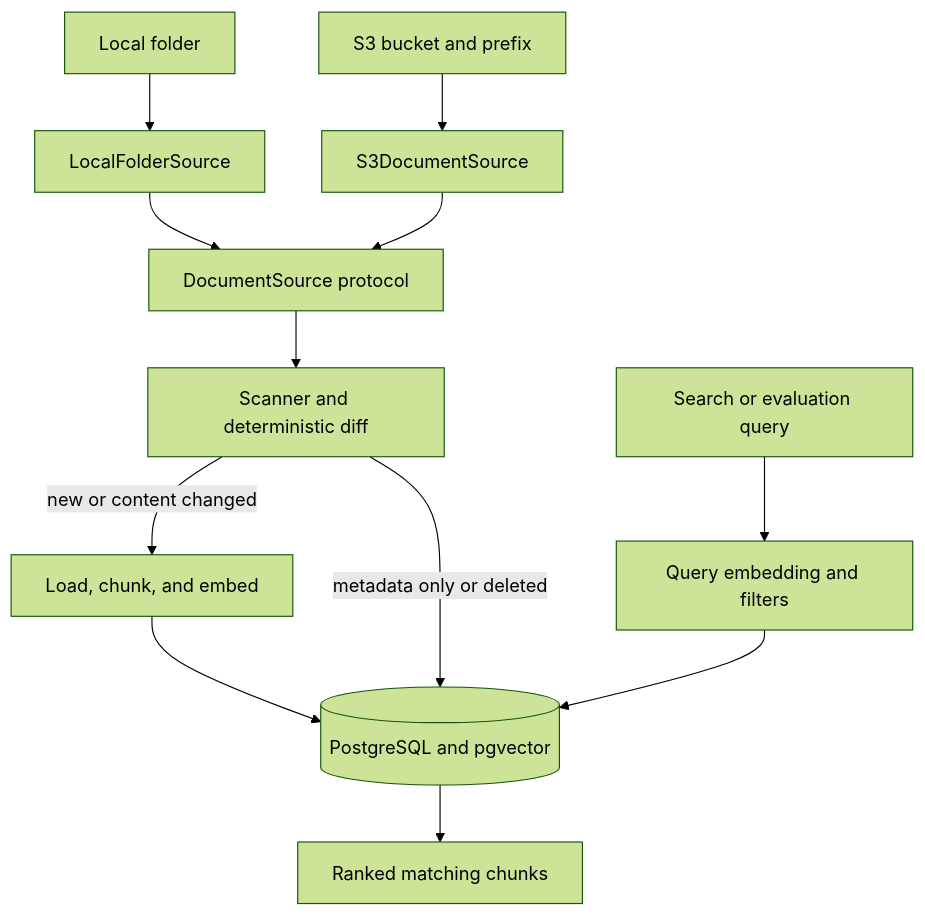
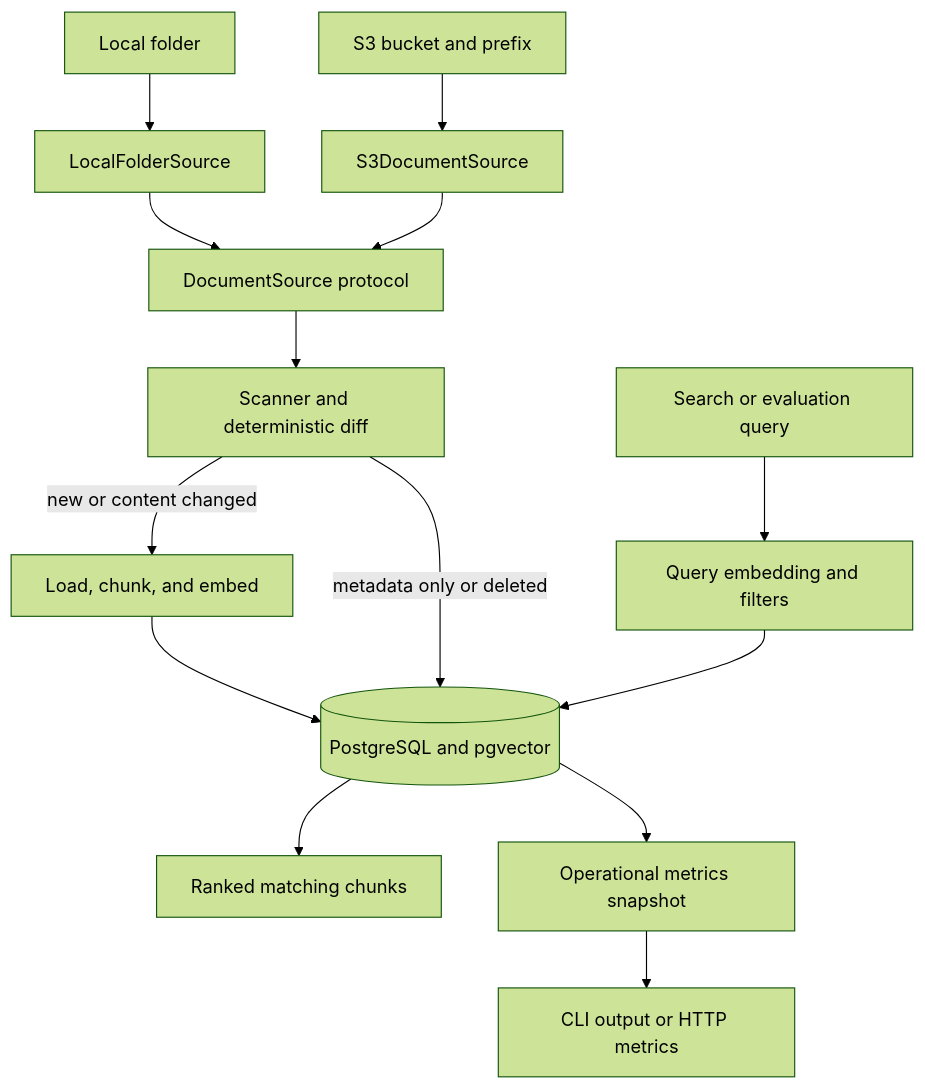
Before and after one commit to Manjunatha184/ragpipe: the diagram in README.md, drawn with Mermaid (forest theme). The commit also changed other lines of this file and 9 other files, not shown here.

Commit message:
Add Prometheus operational metrics exporter

````diff
--- a/README.md
+++ b/README.md
@@ -40,14 +41,16 @@
 ```mermaid
 flowchart TD
     L[Local folder] --> LS[LocalFolderSource]
     O[S3 bucket and prefix] --> SS[S3DocumentSource]
     LS --> P[DocumentSource protocol]
     SS --> P
     P --> B[Scanner and deterministic diff]
     B -->|new or content changed| C[Load, chunk, and embed]
     C --> D[(PostgreSQL and pgvector)]
     B -->|metadata only or deleted| D
     Q[Search or evaluation query] --> E[Query embedding and filters]
     E --> D
     D --> R[Ranked matching chunks]
+    D --> M[Operational metrics snapshot]
+    M --> X[CLI output or HTTP metrics]
 ```
````
